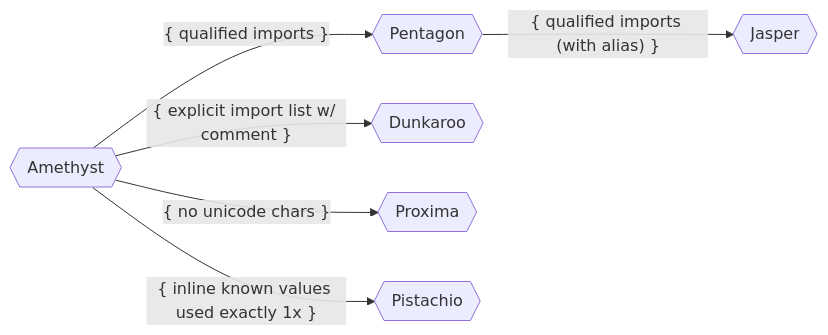
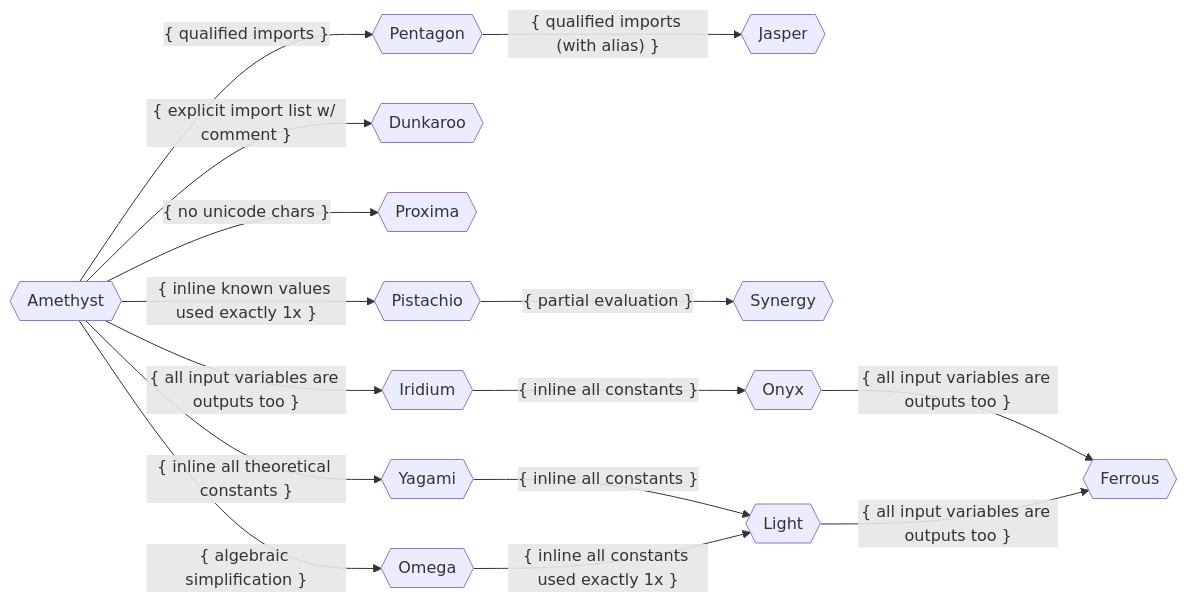
The diagram in human-readable code/New Variants.md (DrasilOrg/Notes), drawn with Mermaid before and after one commit. The commit also changed other lines of this file, not shown here.

Commit message:
New Variants: Synergy, Yagami, Light, Omega, Iridium, Onyx, and Ferrous.

````diff
--- a/human-readable code/New Variants.md
+++ b/human-readable code/New Variants.md
@@ -56,8 +61,21 @@
 ```mermaid
 flowchart LR
-    amethyst{{Amethyst}} -- { qualified imports } --> pentagon{{Pentagon}}
+    amethyst{{Amethyst}} 
+    
+    amethyst -- { qualified imports } --> pentagon{{Pentagon}}
     pentagon -- { qualified imports (with alias) } --> jasper{{Jasper}}
     amethyst -- { explicit import list w/ comment } --> dunkaroo{{Dunkaroo}}
+
     amethyst -- { no unicode chars } --> proxima{{Proxima}}
+
     amethyst -- { inline known values used exactly 1x } --> pistachio{{Pistachio}}
+    pistachio -- { partial evaluation } --> synergy{{Synergy}}
+    amethyst -- { inline all theoretical constants } --> yagami{{Yagami}}
+    yagami -- { inline all constants } --> light{{Light}}
+    amethyst -- { algebraic simplification } --> omega{{Omega}}
+    omega -- { inline all constants used exactly 1x } --> light
+    amethyst -- { all input variables are outputs too } --> iridium{{Iridium}}
+    iridium -- { inline all constants } --> onyx{{Onyx}}
+    onyx -- { all input variables are outputs too } --> ferrous{{Ferrous}}
+    light -- { all input variables are outputs too } --> ferrous
 ```
````
